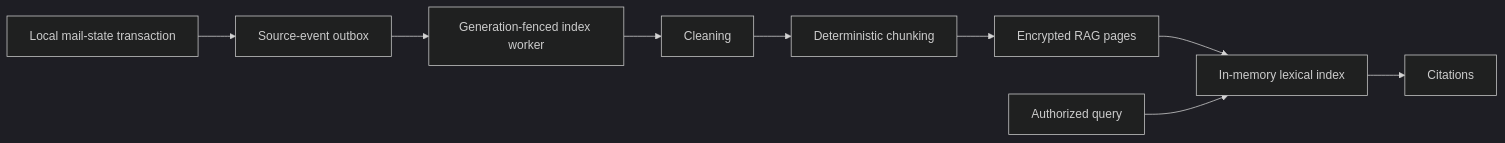
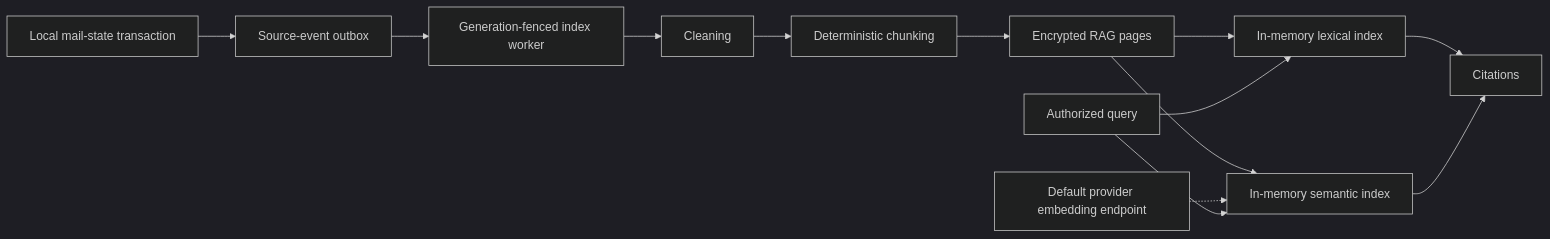
The diagram in docs/rag/architecture.en.md (QinIndexCode/nami-mail), drawn with Mermaid (dark theme) before and after one commit. The commit also changed other lines of this file and 479 other files, not shown here.

````diff
--- a/docs/rag/architecture.en.md
+++ b/docs/rag/architecture.en.md
@@ -11,11 +11,15 @@
 ```mermaid
 flowchart LR
   Mail["Local mail-state transaction"] --> Outbox["Source-event outbox"]
   Outbox --> Worker["Generation-fenced index worker"]
   Worker --> Clean["Cleaning"]
   Clean --> Chunk["Deterministic chunking"]
   Chunk --> Pages["Encrypted RAG pages"]
   Pages --> Memory["In-memory lexical index"]
+  Pages --> Semantic["In-memory semantic index"]
+  Embed["Default provider embedding endpoint"] -.-> Semantic
   Query["Authorized query"] --> Memory
+  Query --> Semantic
   Memory --> Cite["Citations"]
+  Semantic --> Cite
 ```
````
